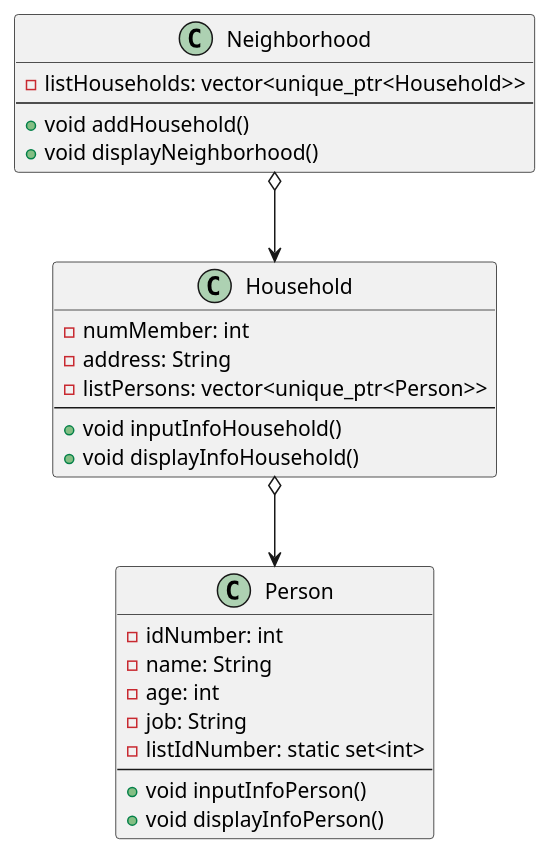
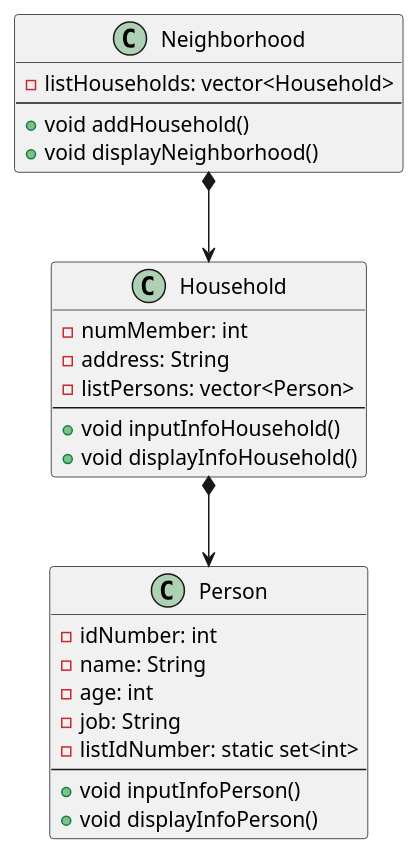
One commit to baobluebird/Basic-C-Cplusplus changed the diagram in .Assigment/OOP/ex4/diagram/diagram.wsd. Above: the diagram before and after it, drawn with PlantUML. The commit also changed 43 other files, not shown here.

```diff
--- a/.Assigment/OOP/ex4/diagram/diagram.wsd
+++ b/.Assigment/OOP/ex4/diagram/diagram.wsd
@@ -1,33 +1,33 @@
 @startuml
 
 class Person {
     - idNumber: int
     - name: String
     - age: int
     - job: String
     - listIdNumber: static set<int>
     --
     + void inputInfoPerson()
     + void displayInfoPerson()
 }
 
 class Household {
     - numMember: int
     - address: String
-    - listPersons: vector<unique_ptr<Person>>
+    - listPersons: vector<Person>
     --
     + void inputInfoHousehold()
     + void displayInfoHousehold()
 }
 
 class Neighborhood {
-    - listHouseholds: vector<unique_ptr<Household>>
+    - listHouseholds: vector<Household>
     --
     + void addHousehold()
     + void displayNeighborhood()
 }
 
-Household o--> Person
-Neighborhood o--> Household
+Household *--> Person
+Neighborhood *--> Household
 
 @enduml
```
